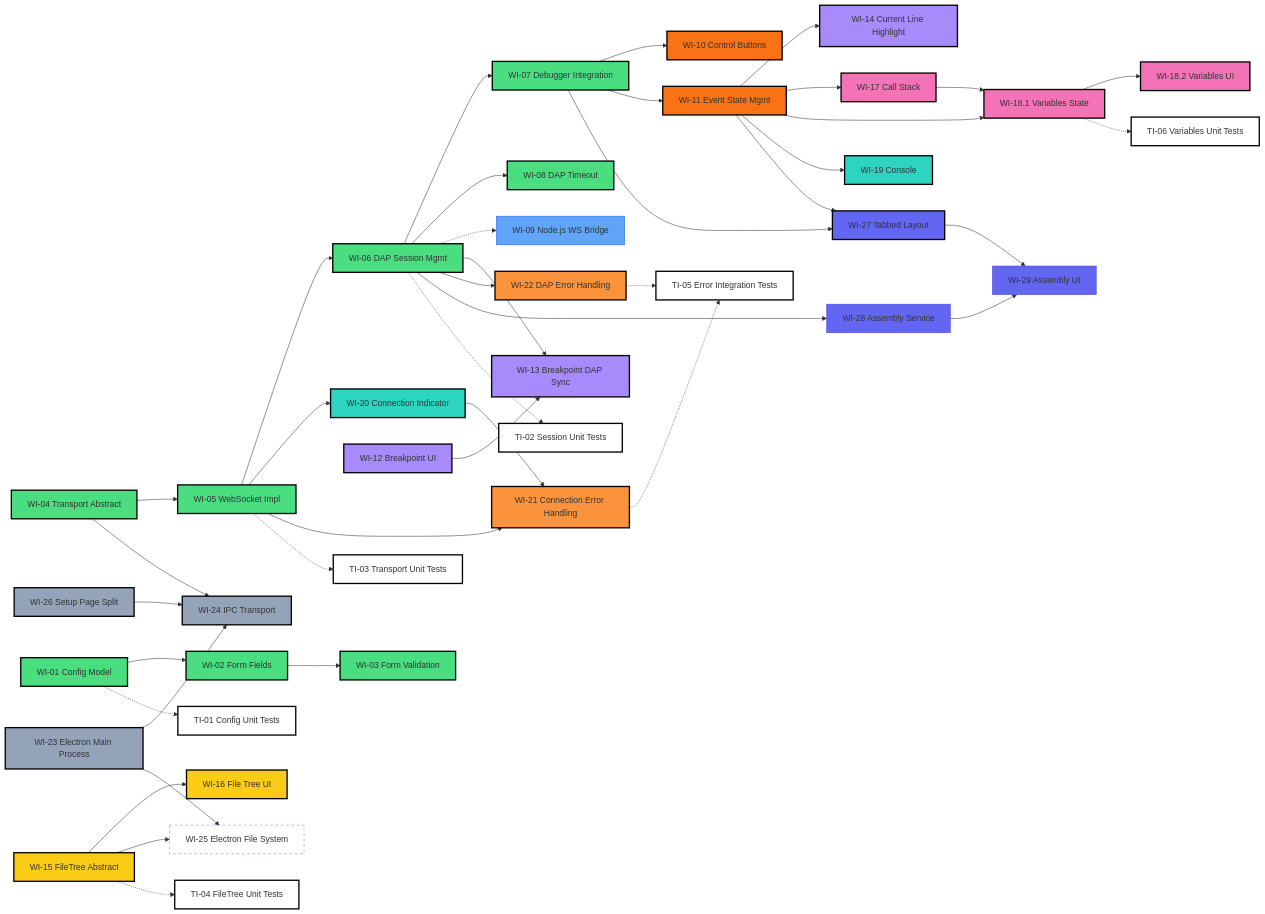
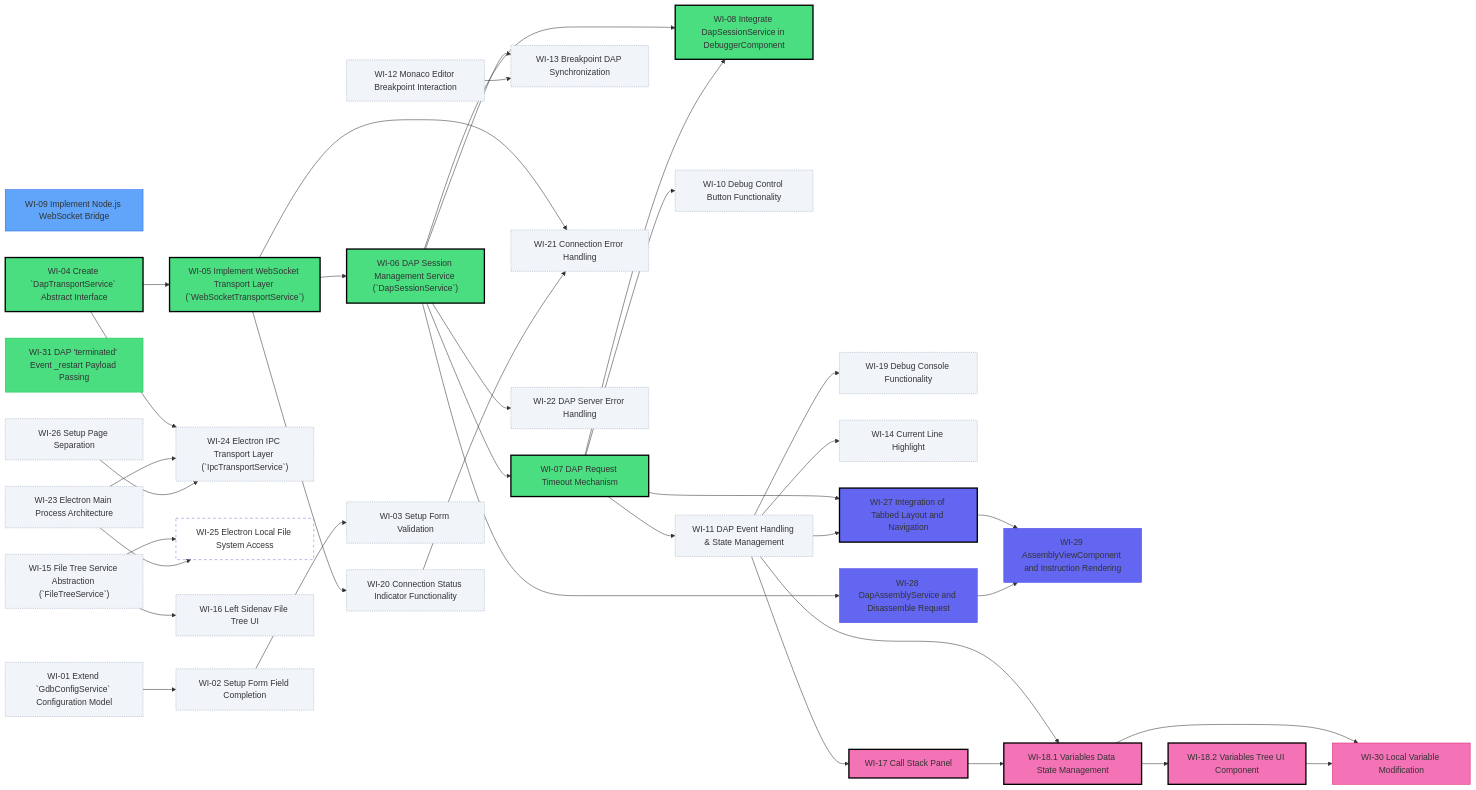
Before and after one commit to tangpo387-arch/taro-debugger: the diagram in docs/project-roadmap.md, drawn with Mermaid. The commit also changed other lines of this file and 23 other files, not shown here.

Commit message:
feat: implement structured work item management system with automated documentation and roadmap generation tools

````diff
--- a/docs/project-roadmap.md
+++ b/docs/project-roadmap.md
@@ -46,102 +10,102 @@
 ```mermaid
 graph LR
-    WI01[WI-01 Config Model] --> WI02[WI-02 Form Fields]
-    WI02 --> WI03[WI-03 Form Validation]
+    WI_09["WI-09 Implement Node.js WebSocket Bridge"]
+    WI_19["WI-19 Debug Console Functionality"]
+    WI_20["WI-20 Connection Status Indicator Functionality"]
+    WI_04["WI-04 Create `DapTransportService` Abstract Interface"]
+    WI_05["WI-05 Implement WebSocket Transport Layer (`WebSocketTransportService`)"]
+    WI_06["WI-06 DAP Session Management Service (`DapSessionService`)"]
+    WI_07["WI-07 DAP Request Timeout Mechanism"]
+    WI_08["WI-08 Integrate DapSessionService in DebuggerComponent"]
+    WI_31["WI-31 DAP 'terminated' Event _restart Payload Passing"]
+    WI_10["WI-10 Debug Control Button Functionality"]
+    WI_11["WI-11 DAP Event Handling & State Management"]
+    WI_12["WI-12 Monaco Editor Breakpoint Interaction"]
+    WI_13["WI-13 Breakpoint DAP Synchronization"]
+    WI_14["WI-14 Current Line Highlight"]
+    WI_23["WI-23 Electron Main Process Architecture"]
+    WI_26["WI-26 Setup Page Separation"]
+    WI_24["WI-24 Electron IPC Transport Layer (`IpcTransportService`)"]
+    WI_25["WI-25 Electron Local File System Access"]
+    WI_21["WI-21 Connection Error Handling"]
+    WI_22["WI-22 DAP Server Error Handling"]
+    WI_15["WI-15 File Tree Service Abstraction (`FileTreeService`)"]
+    WI_16["WI-16 Left Sidenav File Tree UI"]
+    WI_27["WI-27 Integration of Tabbed Layout and Navigation"]
+    WI_28["WI-28 DapAssemblyService and Disassemble Request"]
+    WI_29["WI-29 AssemblyViewComponent and Instruction Rendering"]
+    WI_01["WI-01 Extend `GdbConfigService` Configuration Model"]
+    WI_02["WI-02 Setup Form Field Completion"]
+    WI_03["WI-03 Setup Form Validation"]
+    WI_17["WI-17 Call Stack Panel"]
+    WI_18_1["WI-18.1 Variables Data State Management"]
+    WI_18_2["WI-18.2 Variables Tree UI Component"]
+    WI_30["WI-30 Local Variable Modification"]
+    WI_11 --> WI_19
+    WI_05 --> WI_20
+    WI_04 --> WI_05
+    WI_05 --> WI_06
+    WI_06 --> WI_07
+    WI_06 --> WI_08
+    WI_07 --> WI_08
+    WI_07 --> WI_10
+    WI_07 --> WI_11
+    WI_06 --> WI_13
+    WI_12 --> WI_13
+    WI_11 --> WI_14
+    WI_04 --> WI_24
+    WI_23 --> WI_24
+    WI_26 --> WI_24
+    WI_15 --> WI_25
+    WI_23 --> WI_25
+    WI_05 --> WI_21
+    WI_20 --> WI_21
+    WI_06 --> WI_22
+    WI_15 --> WI_16
+    WI_07 --> WI_27
+    WI_11 --> WI_27
+    WI_06 --> WI_28
+    WI_27 --> WI_29
+    WI_28 --> WI_29
+    WI_01 --> WI_02
+    WI_02 --> WI_03
+    WI_11 --> WI_17
+    WI_11 --> WI_18_1
+    WI_17 --> WI_18_1
+    WI_18_1 --> WI_18_2
+    WI_18_1 --> WI_30
+    WI_18_2 --> WI_30
 
-    WI04[WI-04 Transport Abstract] --> WI05[WI-05 WebSocket Impl]
-    WI05 --> WI06[WI-06 DAP Session Mgmt]
-
-    WI06 --> WI07[WI-07 Debugger Integration]
-    WI06 --> WI08[WI-08 DAP Timeout]
-
-    WI06 -.-> WI09[WI-09 Node.js WS Bridge]
-
-    WI07 --> WI10[WI-10 Control Buttons]
-    WI07 --> WI11[WI-11 Event State Mgmt]
-
-    WI12[WI-12 Breakpoint UI] --> WI13[WI-13 Breakpoint DAP Sync]
-    WI06 --> WI13
-    WI11 --> WI14[WI-14 Current Line Highlight]
-
-    WI15[WI-15 FileTree Abstract] --> WI16[WI-16 File Tree UI]
-
-    WI11 --> WI17[WI-17 Call Stack]
-    WI11 --> WI18_1[WI-18.1 Variables State]
-    WI17 --> WI18_1
-    WI18_1 --> WI18_2[WI-18.2 Variables UI]
-
-    WI11 --> WI19[WI-19 Console]
-    WI05 --> WI20[WI-20 Connection Indicator]
-
-    WI05 --> WI21[WI-21 Connection Error Handling]
-    WI20 --> WI21
-    WI06 --> WI22[WI-22 DAP Error Handling]
-
-    WI21 -.-> TI05[TI-05 Error Integration Tests]
-    WI22 -.-> TI05
-    WI18_1 -.-> TI06[TI-06 Variables Unit Tests]
-
-    WI26[WI-26 Setup Page Split] --> WI24[WI-24 IPC Transport]
-    WI23[WI-23 Electron Main Process] --> WI24
-    WI04 --> WI24
-    WI23 --> WI25[WI-25 Electron File System]
-    WI15 --> WI25
-    
-    WI07 --> WI27[WI-27 Tabbed Layout]
-    WI11 --> WI27
-    WI06 --> WI28[WI-28 Assembly Service]
-    WI27 --> WI29[WI-29 Assembly UI]
-    WI28 --> WI29
-
-    WI01 -.-> TI01[TI-01 Config Unit Tests]
-    WI06 -.-> TI02[TI-02 Session Unit Tests]
-    WI05 -.-> TI03[TI-03 Transport Unit Tests]
-    WI15 -.-> TI04[TI-04 FileTree Unit Tests]
-
-    style WI01 fill:#4ade80,stroke:#000,stroke-width:2.5px
-    style WI02 fill:#4ade80,stroke:#000,stroke-width:2.5px
-    style WI03 fill:#4ade80,stroke:#000,stroke-width:2.5px
-    style WI04 fill:#4ade80,stroke:#000,stroke-width:2.5px
-    style WI05 fill:#4ade80,stroke:#000,stroke-width:2.5px
-    style WI06 fill:#4ade80,stroke:#000,stroke-width:2.5px
-
-    style WI07 fill:#4ade80,stroke:#000,stroke-width:2.5px
-    style WI08 fill:#4ade80,stroke:#000,stroke-width:2.5px
-    style WI09 fill:#60a5fa,stroke:#2563eb
-
-    style WI10 fill:#f97316,stroke:#000,stroke-width:2.5px
-    style WI11 fill:#f97316,stroke:#000,stroke-width:2.5px
-
-    style WI12 fill:#a78bfa,stroke:#000,stroke-width:2.5px
-    style WI13 fill:#a78bfa,stroke:#000,stroke-width:2.5px
-    style WI14 fill:#a78bfa,stroke:#000,stroke-width:2.5px
-
-    style WI15 fill:#facc15,stroke:#000,stroke-width:2.5px
-    style WI16 fill:#facc15,stroke:#000,stroke-width:2.5px
-
-    style WI17 fill:#f472b6,stroke:#000,stroke-width:2.5px
-    style WI18_1 fill:#f472b6,stroke:#000,stroke-width:2.5px
-    style WI18_2 fill:#f472b6,stroke:#000,stroke-width:2.5px
-
-    style WI19 fill:#2dd4bf,stroke:#000,stroke-width:2.5px
-    style WI20 fill:#2dd4bf,stroke:#000,stroke-width:2.5px
-
-    style WI21 fill:#fb923c,stroke:#000,stroke-width:2.5px
-    style WI22 fill:#fb923c,stroke:#000,stroke-width:2.5px
-
-    style WI23 fill:#94a3b8,stroke:#000,stroke-width:2.5px
-    style WI24 fill:#94a3b8,stroke:#000,stroke-width:2.5px
-    style WI25 fill:none,stroke-dasharray:5
-    style WI26 fill:#94a3b8,stroke:#000,stroke-width:2.5px
-
-    style TI01 fill:#ffffff,stroke:#000,stroke-width:2.5px
-    style TI02 fill:#ffffff,stroke:#000,stroke-width:2.5px
-    style TI03 fill:#ffffff,stroke:#000,stroke-width:2.5px
-    style TI04 fill:#ffffff,stroke:#000,stroke-width:2.5px
-    style TI05 fill:#ffffff,stroke:#000,stroke-width:2.5px
-    style TI06 fill:#ffffff,stroke:#000,stroke-width:2.5px
-
-    style WI27 fill:#6366f1,stroke:#000,stroke-width:2.5px
-    style WI28 fill:#6366f1,stroke:#4f46e5
-    style WI29 fill:#6366f1,stroke:#4f46e5
+    style WI_09 fill:#60a5fa,stroke:#2563eb
+    style WI_19 fill:#f1f5f9,stroke:#94a3b8,stroke-width:1px,stroke-dasharray:2
+    style WI_20 fill:#f1f5f9,stroke:#94a3b8,stroke-width:1px,stroke-dasharray:2
+    style WI_04 fill:#4ade80,stroke:#000,stroke-width:2.5px
+    style WI_05 fill:#4ade80,stroke:#000,stroke-width:2.5px
+    style WI_06 fill:#4ade80,stroke:#000,stroke-width:2.5px
+    style WI_07 fill:#4ade80,stroke:#000,stroke-width:2.5px
+    style WI_08 fill:#4ade80,stroke:#000,stroke-width:2.5px
+    style WI_31 fill:#4ade80,stroke:#22c55e
+    style WI_10 fill:#f1f5f9,stroke:#94a3b8,stroke-width:1px,stroke-dasharray:2
+    style WI_11 fill:#f1f5f9,stroke:#94a3b8,stroke-width:1px,stroke-dasharray:2
+    style WI_12 fill:#f1f5f9,stroke:#94a3b8,stroke-width:1px,stroke-dasharray:2
+    style WI_13 fill:#f1f5f9,stroke:#94a3b8,stroke-width:1px,stroke-dasharray:2
+    style WI_14 fill:#f1f5f9,stroke:#94a3b8,stroke-width:1px,stroke-dasharray:2
+    style WI_23 fill:#f1f5f9,stroke:#94a3b8,stroke-width:1px,stroke-dasharray:2
+    style WI_26 fill:#f1f5f9,stroke:#94a3b8,stroke-width:1px,stroke-dasharray:2
+    style WI_24 fill:#f1f5f9,stroke:#94a3b8,stroke-width:1px,stroke-dasharray:2
+    style WI_25 fill:none,stroke-dasharray:5
+    style WI_21 fill:#f1f5f9,stroke:#94a3b8,stroke-width:1px,stroke-dasharray:2
+    style WI_22 fill:#f1f5f9,stroke:#94a3b8,stroke-width:1px,stroke-dasharray:2
+    style WI_15 fill:#f1f5f9,stroke:#94a3b8,stroke-width:1px,stroke-dasharray:2
+    style WI_16 fill:#f1f5f9,stroke:#94a3b8,stroke-width:1px,stroke-dasharray:2
+    style WI_27 fill:#6366f1,stroke:#000,stroke-width:2.5px
+    style WI_28 fill:#6366f1,stroke:#4f46e5
+    style WI_29 fill:#6366f1,stroke:#4f46e5
+    style WI_01 fill:#f1f5f9,stroke:#94a3b8,stroke-width:1px,stroke-dasharray:2
+    style WI_02 fill:#f1f5f9,stroke:#94a3b8,stroke-width:1px,stroke-dasharray:2
+    style WI_03 fill:#f1f5f9,stroke:#94a3b8,stroke-width:1px,stroke-dasharray:2
+    style WI_17 fill:#f472b6,stroke:#000,stroke-width:2.5px
+    style WI_18_1 fill:#f472b6,stroke:#000,stroke-width:2.5px
+    style WI_18_2 fill:#f472b6,stroke:#000,stroke-width:2.5px
+    style WI_30 fill:#f472b6,stroke:#db2777
 ```
````
